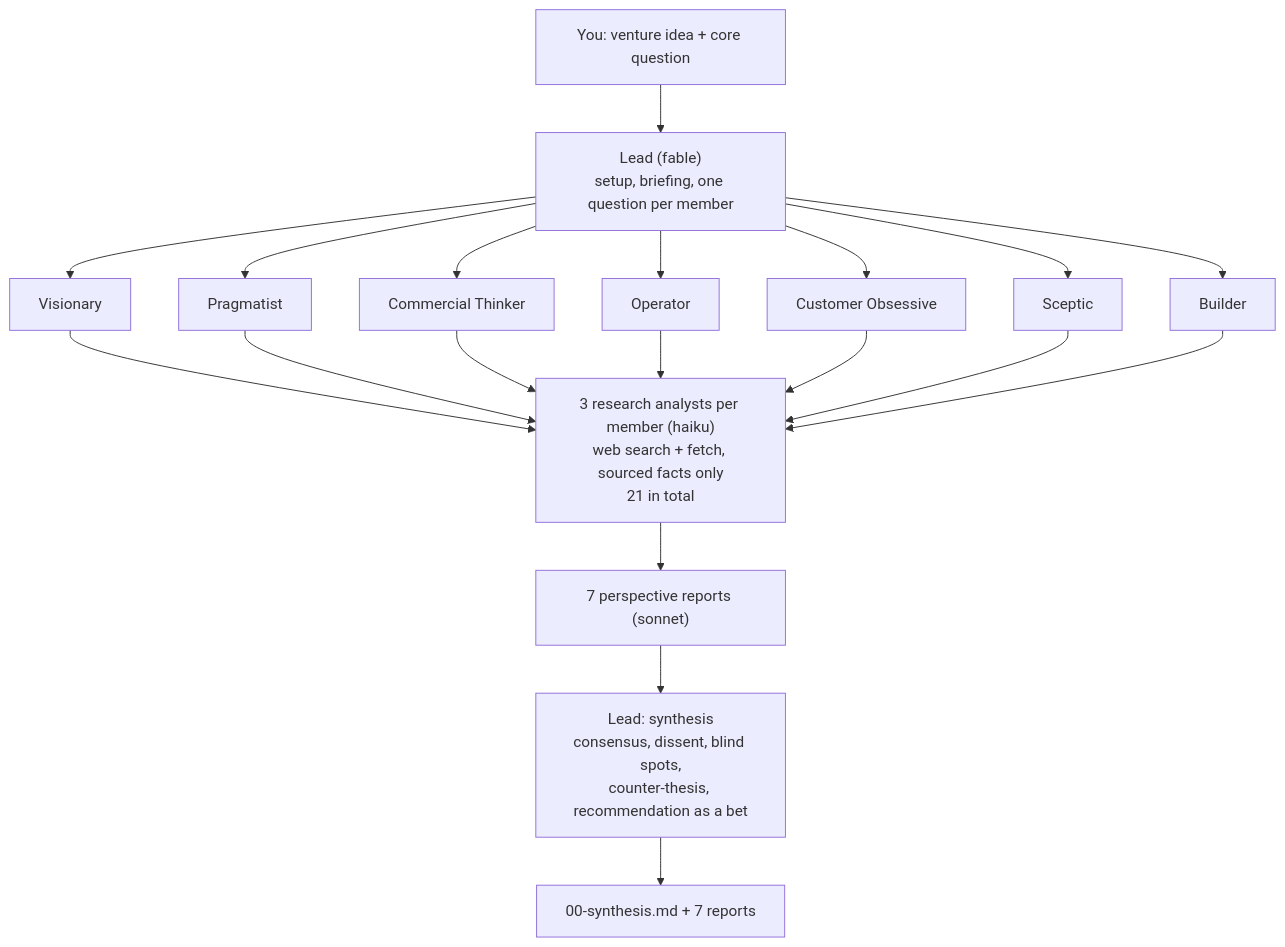
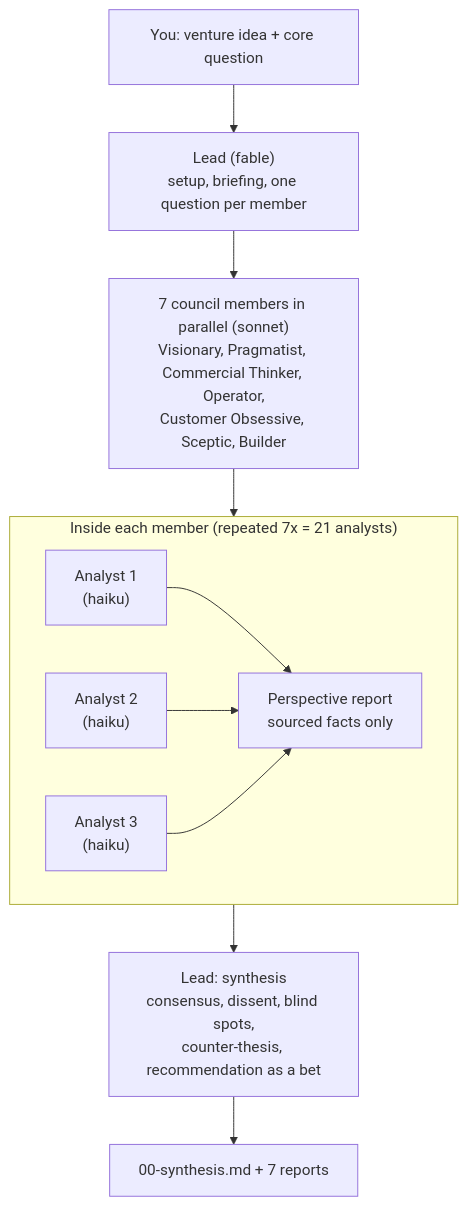
One commit to elisafabz/Venture-Building-Skills changed the second of 2 diagrams in README.md. Above: the diagram before and after it, drawn with Mermaid.

Commit message:
docs: clarify venture-council diagram (analysts per member)

````diff
--- a/README.md
+++ b/README.md
@@ -156,15 +156,18 @@
 ```mermaid
 flowchart TB
     U["You: venture idea + core question"] --> L1["Lead (fable)<br/>setup, briefing, one question per member"]
-    L1 --> C1["Visionary"]
-    L1 --> C2["Pragmatist"]
-    L1 --> C3["Commercial Thinker"]
-    L1 --> C4["Operator"]
-    L1 --> C5["Customer Obsessive"]
-    L1 --> C6["Sceptic"]
-    L1 --> C7["Builder"]
-    C1 & C2 & C3 & C4 & C5 & C6 & C7 --> A["3 research analysts per member (haiku)<br/>web search + fetch, sourced facts only<br/>21 in total"]
-    A --> R["7 perspective reports (sonnet)"]
-    R --> L2["Lead: synthesis<br/>consensus, dissent, blind spots,<br/>counter-thesis, recommendation as a bet"]
+    L1 --> M["7 council members in parallel (sonnet)<br/>Visionary, Pragmatist, Commercial Thinker, Operator,<br/>Customer Obsessive, Sceptic, Builder"]
+    subgraph each["Inside each member (repeated 7x = 21 analysts)"]
+        direction LR
+        A1["Analyst 1<br/>(haiku)"]
+        A2["Analyst 2<br/>(haiku)"]
+        A3["Analyst 3<br/>(haiku)"]
+        P["Perspective report<br/>sourced facts only"]
+        A1 --> P
+        A2 --> P
+        A3 --> P
+    end
+    M --> each
+    each --> L2["Lead: synthesis<br/>consensus, dissent, blind spots,<br/>counter-thesis, recommendation as a bet"]
     L2 --> O["00-synthesis.md + 7 reports"]
 ```
````
